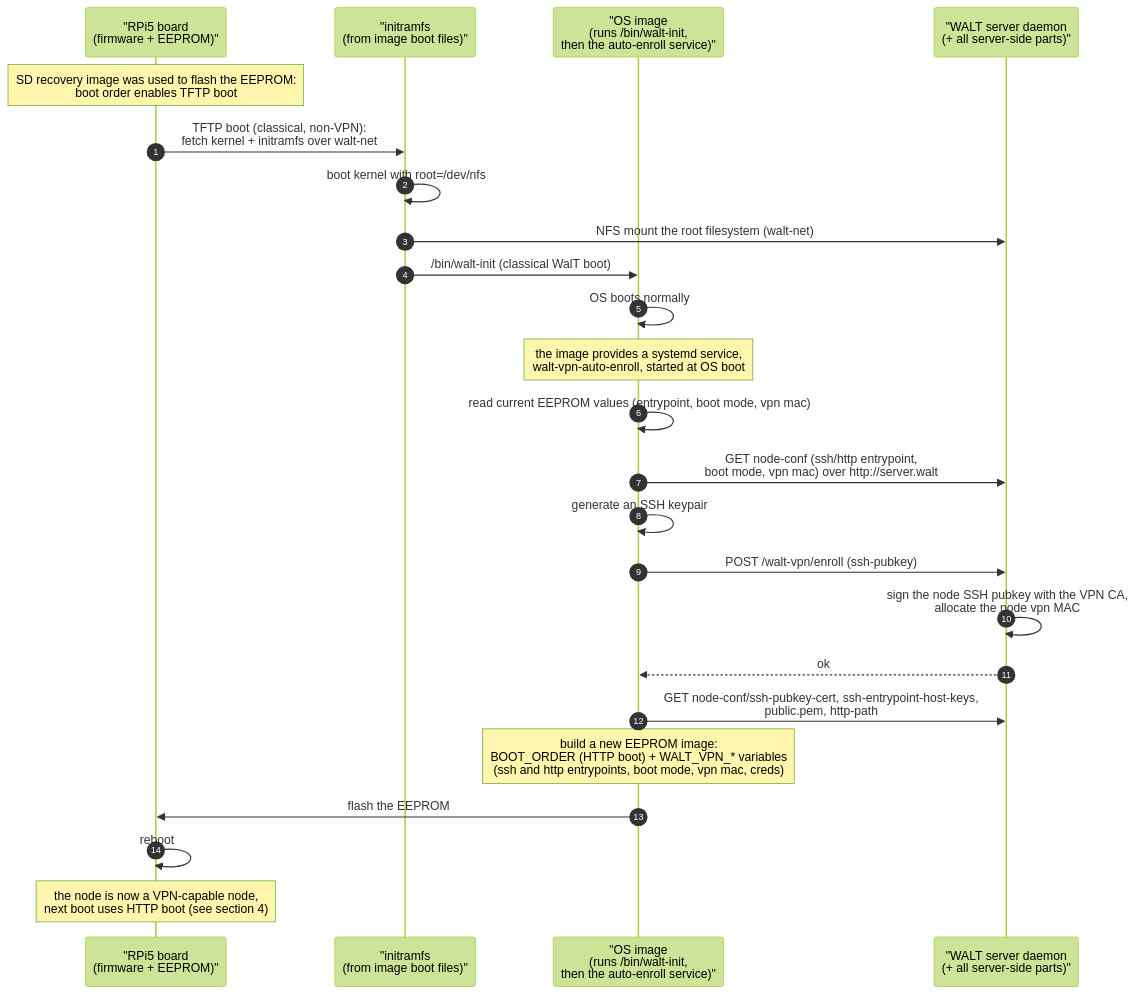
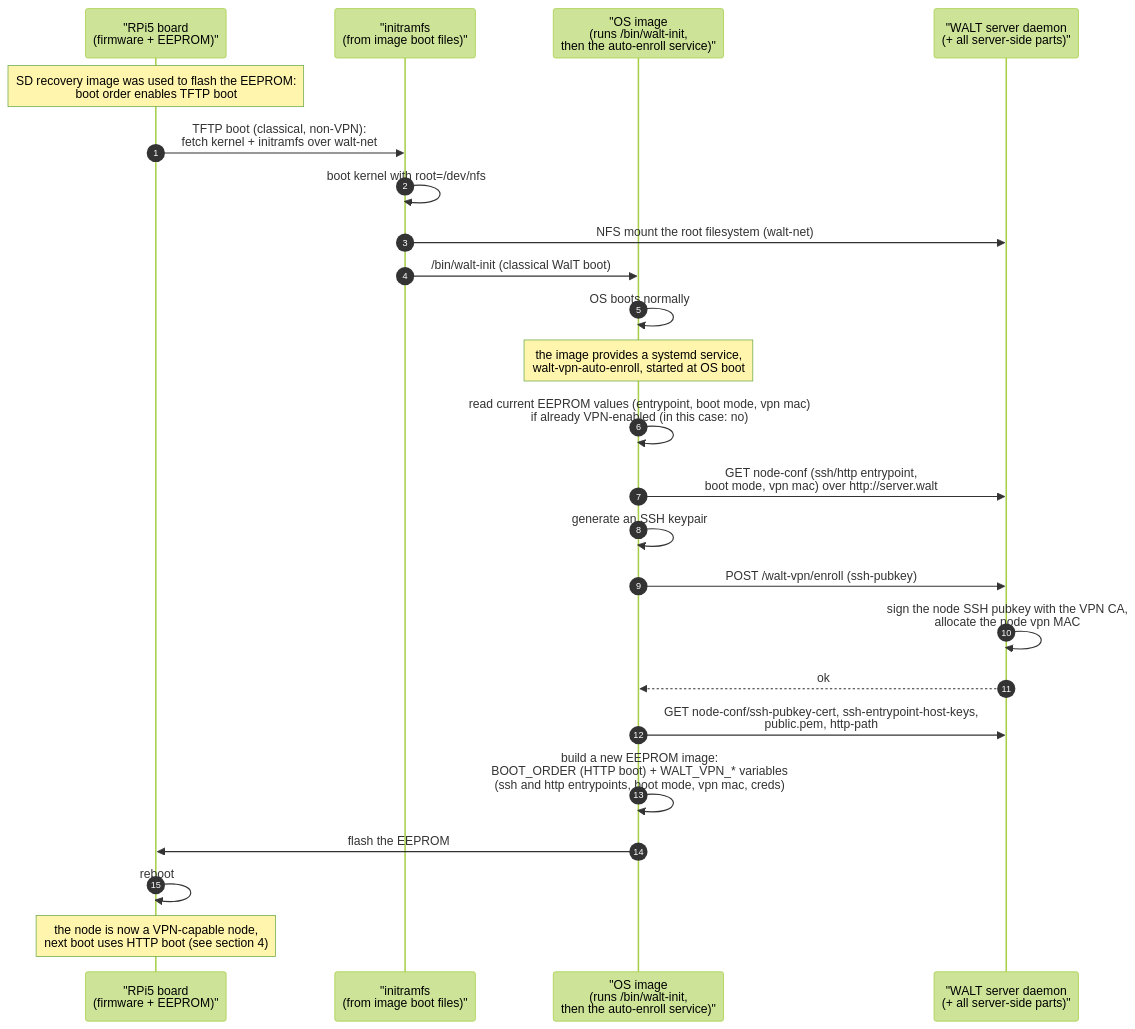
One commit to drakkar-lig/walt-python-packages changed the third of 4 diagrams in vpn-boot-diagrams.md. Above: the diagram before and after it, drawn with Mermaid (forest theme). The commit also changed other lines of this file, not shown here.

Commit message:
wip3 -- vpn-boot-diagrams.md

````diff
--- a/vpn-boot-diagrams.md
+++ b/vpn-boot-diagrams.md
@@ -146,28 +124,29 @@
 ```mermaid
 sequenceDiagram
     autonumber
     participant BOARD as "RPi5 board<br/>(firmware + EEPROM)"
     participant IM as "initramfs<br/>(from image boot files)"
     participant OS as "OS image<br/>(runs /bin/walt-init,<br/>then the auto-enroll service)"
     participant S as "WALT server daemon<br/>(+ all server-side parts)"
 
     Note over BOARD: SD recovery image was used to flash the EEPROM:<br/>boot order enables TFTP boot
     BOARD->>IM: TFTP boot (classical, non-VPN):<br/>fetch kernel + initramfs over walt-net
     IM->>IM: boot kernel with root=/dev/nfs
     IM->>S: NFS mount the root filesystem (walt-net)
     IM->>OS: /bin/walt-init (classical WalT boot)
     OS->>OS: OS boots normally
 
     Note over OS: the image provides a systemd service,<br/>walt-vpn-auto-enroll, started at OS boot
-    OS->>OS: read current EEPROM values (entrypoint, boot mode, vpn mac)
+    OS->>OS: read current EEPROM values (entrypoint, boot mode, vpn mac)<br/>if already VPN-enabled (in this case: no)
     OS->>S: GET node-conf (ssh/http entrypoint,<br/>boot mode, vpn mac) over http://server.walt
     OS->>OS: generate an SSH keypair
     OS->>S: POST /walt-vpn/enroll (ssh-pubkey)
     S->>S: sign the node SSH pubkey with the VPN CA,<br/>allocate the node vpn MAC
     S-->>OS: ok
     OS->>S: GET node-conf/ssh-pubkey-cert, ssh-entrypoint-host-keys,<br/>public.pem, http-path
-    Note over OS: build a new EEPROM image:<br/>BOOT_ORDER (HTTP boot) + WALT_VPN_* variables<br/>(ssh and http entrypoints, boot mode, vpn mac, creds)
+
+    OS->>OS: build a new EEPROM image:<br/>BOOT_ORDER (HTTP boot) + WALT_VPN_* variables<br/>(ssh and http entrypoints, boot mode, vpn mac, creds)
     OS->>BOARD: flash the EEPROM
     BOARD->>BOARD: reboot
     Note over BOARD: the node is now a VPN-capable node,<br/>next boot uses HTTP boot (see section 4)
 ```
````
